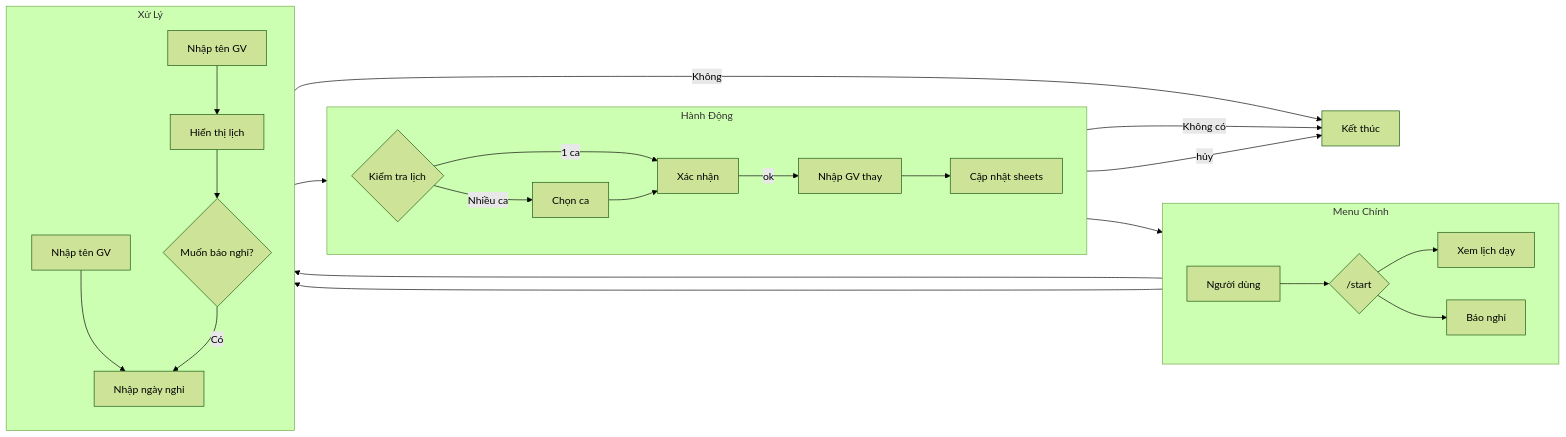
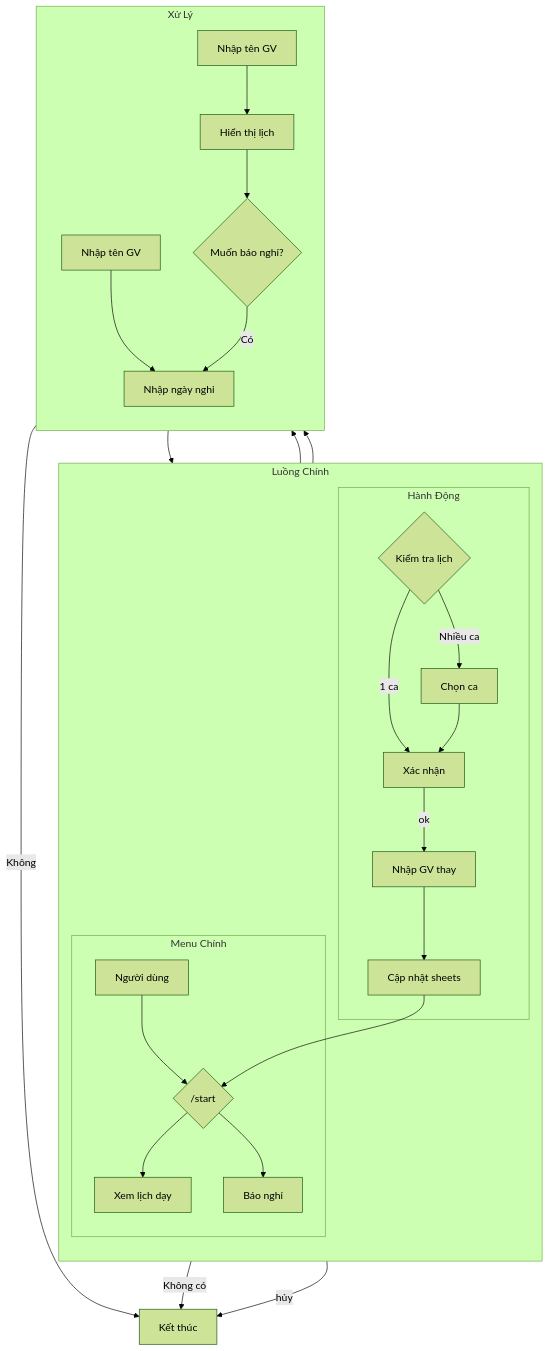
Before and after one commit to let-shyn-cook/TeacherBot-Assistant: the diagram in readme.md, drawn with Mermaid (forest theme). The commit also changed other lines of this file, not shown here.

````diff
--- a/readme.md
+++ b/readme.md
@@ -117,34 +117,35 @@
 ```mermaid
-flowchart LR
-    subgraph Menu["Menu Chính"]
-        direction LR
-        A[Người dùng] --> B{/start}
-        B --> C[Xem lịch dạy]
-        B --> D[Báo nghỉ]
-    end
+flowchart TB
+    subgraph Left["Luồng Chính"]
+        direction TB
+        subgraph Menu["Menu Chính"]
+            A[Người dùng] --> B{/start}
+            B --> C[Xem lịch dạy]
+            B --> D[Báo nghỉ]
+        end
 
-    subgraph Actions["Hành Động"]
-        direction LR
-        G --> |1 ca| H[Xác nhận]
-        G --> |Nhiều ca| I[Chọn ca]
-        I --> H
-        H --> |ok| J[Nhập GV thay]
-        J --> K[Cập nhật sheets]
+        subgraph Actions["Hành Động"]
+            G --> |1 ca| H[Xác nhận]
+            G --> |Nhiều ca| I[Chọn ca]
+            I --> H
+            H --> |ok| J[Nhập GV thay]
+            J --> K[Cập nhật sheets]
+            K --> B
+        end
     end
 
     subgraph Process["Xử Lý"]
         direction TB
         C --> C1[Nhập tên GV]
         D --> E[Nhập tên GV]
         C1 --> C2[Hiển thị lịch]
         E --> F[Nhập ngày nghỉ]
         C2 --> C3{Muốn báo nghỉ?}
         F --> G{Kiểm tra lịch}
     end
 
     C3 --> |Có| F
     C3 --> |Không| Z[Kết thúc]
     G --> |Không có| Z
     H --> |hủy| Z
-    K --> B
 ```
````
